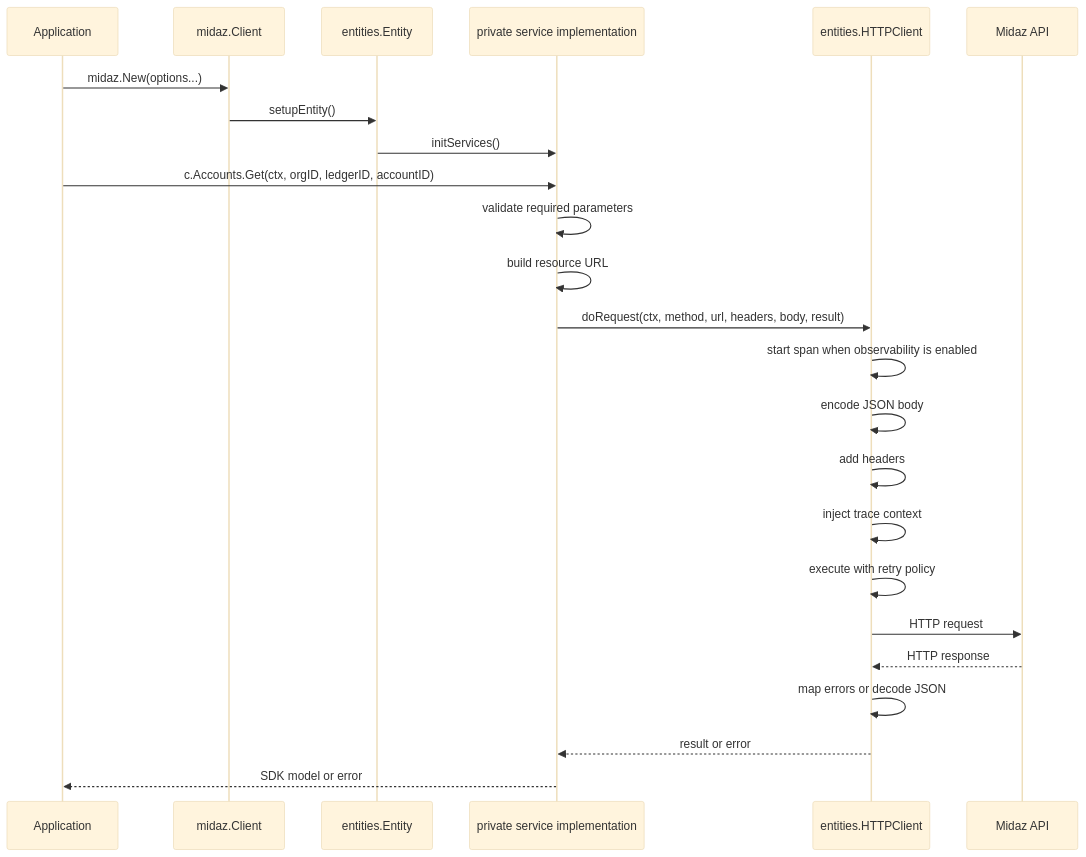
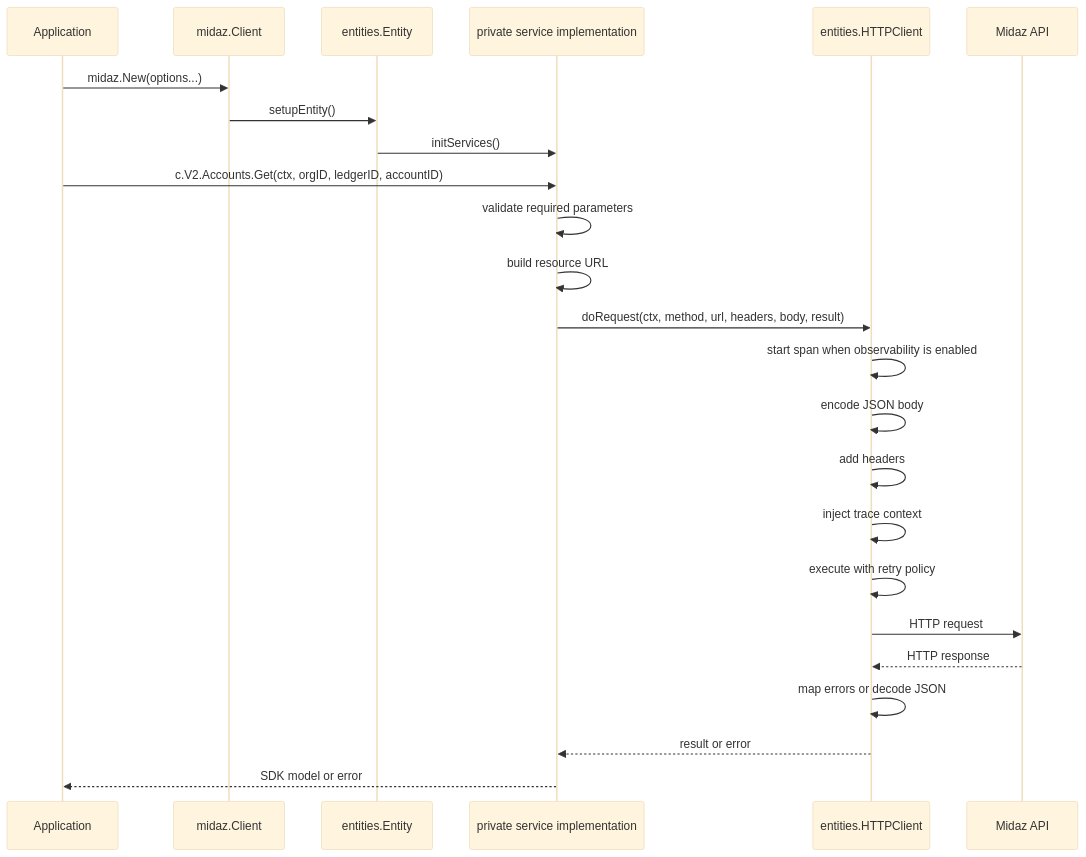
One commit to LerianStudio/midaz-sdk-golang changed the third of 3 diagrams in docs/comprehensive-architecture.md. Above: the diagram before and after it, drawn with Mermaid (base theme). The commit also changed other lines of this file and 14 other files, not shown here.

````diff
--- a/docs/comprehensive-architecture.md
+++ b/docs/comprehensive-architecture.md
@@ -323,28 +360,28 @@
 ```mermaid
 sequenceDiagram
     participant App as Application
     participant Client as midaz.Client
     participant Entity as entities.Entity
     participant Service as private service implementation
     participant HTTP as entities.HTTPClient
     participant API as Midaz API
 
     App->>Client: midaz.New(options...)
     Client->>Entity: setupEntity()
     Entity->>Service: initServices()
 
-    App->>Service: c.Accounts.Get(ctx, orgID, ledgerID, accountID)
+    App->>Service: c.V2.Accounts.Get(ctx, orgID, ledgerID, accountID)
     Service->>Service: validate required parameters
     Service->>Service: build resource URL
     Service->>HTTP: doRequest(ctx, method, url, headers, body, result)
     HTTP->>HTTP: start span when observability is enabled
     HTTP->>HTTP: encode JSON body
     HTTP->>HTTP: add headers
     HTTP->>HTTP: inject trace context
     HTTP->>HTTP: execute with retry policy
     HTTP->>API: HTTP request
     API-->>HTTP: HTTP response
     HTTP->>HTTP: map errors or decode JSON
     HTTP-->>Service: result or error
     Service-->>App: SDK model or error
 ```
````
